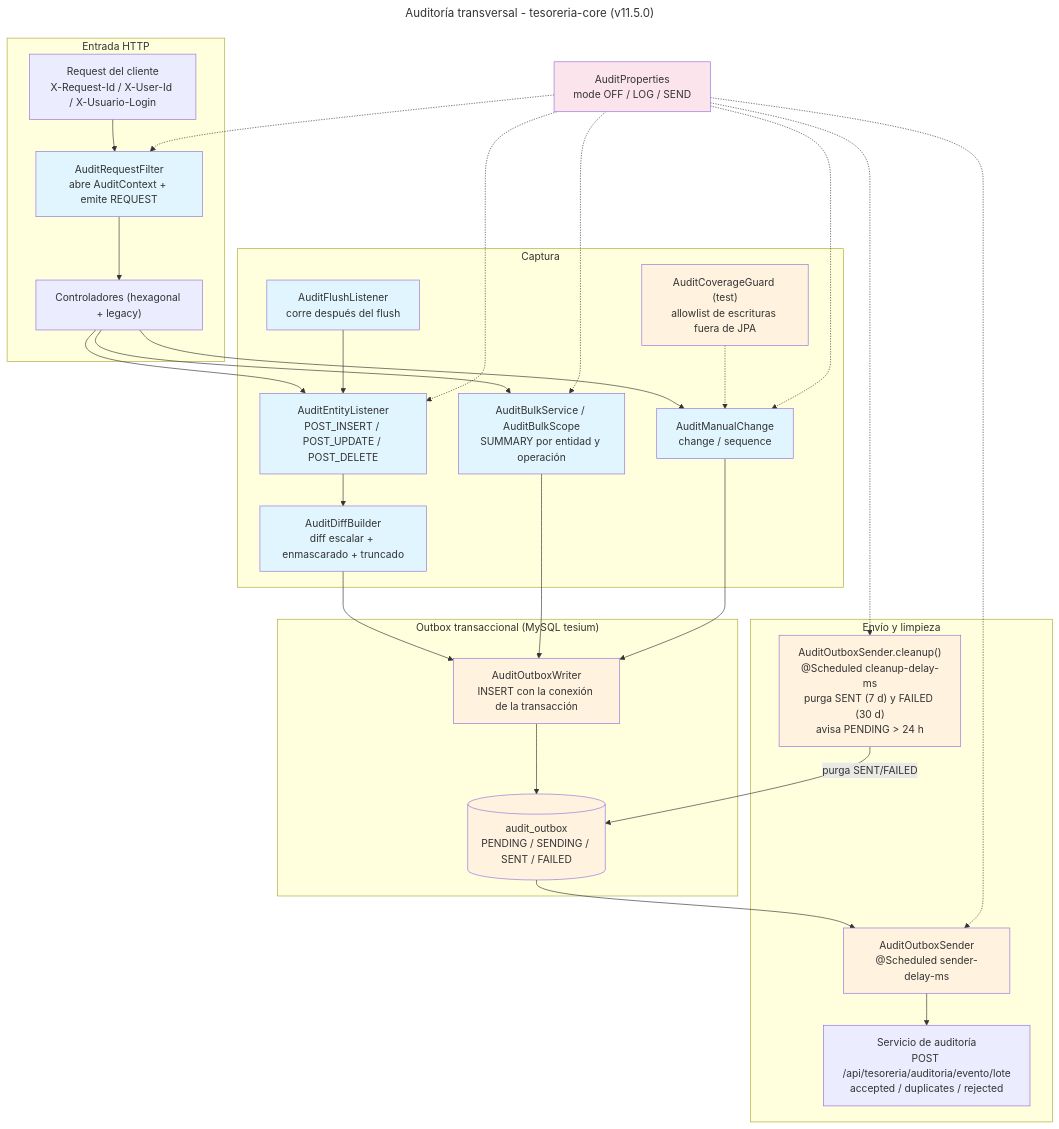
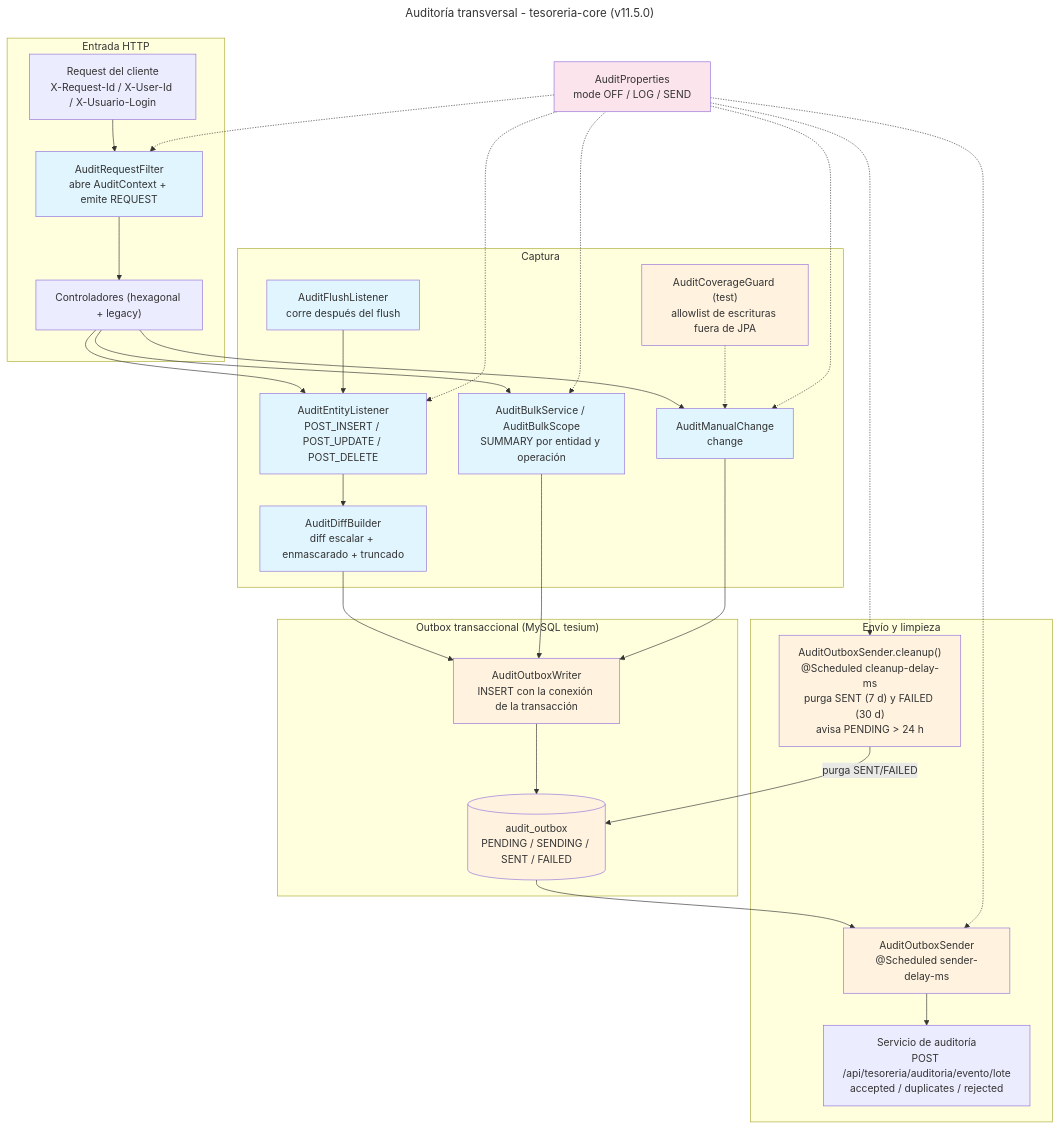
The diagram in docs/auditoria.mmd (UM-services/UM.tesoreria.core-service), drawn with Mermaid before and after one commit. The commit also changed 78 other files, not shown here.

```diff
--- a/docs/auditoria.mmd
+++ b/docs/auditoria.mmd
@@ -1,67 +1,67 @@
 ---
 title: Auditoría transversal - tesoreria-core (v11.5.0)
 ---
 flowchart TD
 
     subgraph Entrada["Entrada HTTP"]
         Req["Request del cliente<br/>X-Request-Id / X-User-Id / X-Usuario-Login"]
         F["AuditRequestFilter<br/>abre AuditContext + emite REQUEST"]
         Ctrl["Controladores (hexagonal + legacy)"]
     end
 
     subgraph Captura["Captura"]
         L["AuditEntityListener<br/>POST_INSERT / POST_UPDATE / POST_DELETE"]
         FL["AuditFlushListener<br/>corre después del flush"]
         D["AuditDiffBuilder<br/>diff escalar + enmascarado + truncado"]
         BS["AuditBulkService / AuditBulkScope<br/>SUMMARY por entidad y operación"]
-        MC["AuditManualChange<br/>change / sequence"]
+        MC["AuditManualChange<br/>change"]
         G["AuditCoverageGuard (test)<br/>allowlist de escrituras fuera de JPA"]
     end
 
     subgraph Outbox["Outbox transaccional (MySQL tesium)"]
         W["AuditOutboxWriter<br/>INSERT con la conexión de la transacción"]
         T[("audit_outbox<br/>PENDING / SENDING / SENT / FAILED")]
     end
 
     subgraph Envio["Envío y limpieza"]
         S["AuditOutboxSender<br/>@Scheduled sender-delay-ms"]
         API["Servicio de auditoría<br/>POST /api/tesoreria/auditoria/evento/lote<br/>accepted / duplicates / rejected"]
         C["AuditOutboxSender.cleanup()<br/>@Scheduled cleanup-delay-ms<br/>purga SENT (7 d) y FAILED (30 d)<br/>avisa PENDING > 24 h"]
     end
 
     P["AuditProperties<br/>mode OFF / LOG / SEND"]
 
     Req --> F
     F --> Ctrl
     Ctrl --> L
     Ctrl --> BS
     Ctrl --> MC
     L --> D
     D --> W
     BS --> W
     MC --> W
     FL --> L
     W --> T
     T --> S
     S --> API
     C -->|"purga SENT/FAILED"| T
     G -.-> MC
     P -.-> F
     P -.-> L
     P -.-> BS
     P -.-> MC
     P -.-> S
     P -.-> C
 
     style F fill:#e1f5fe
     style L fill:#e1f5fe
     style FL fill:#e1f5fe
     style D fill:#e1f5fe
     style BS fill:#e1f5fe
     style MC fill:#e1f5fe
     style G fill:#fff3e0
     style W fill:#fff3e0
     style T fill:#fff3e0
     style S fill:#fff3e0
     style C fill:#fff3e0
     style P fill:#fce4ec
```
